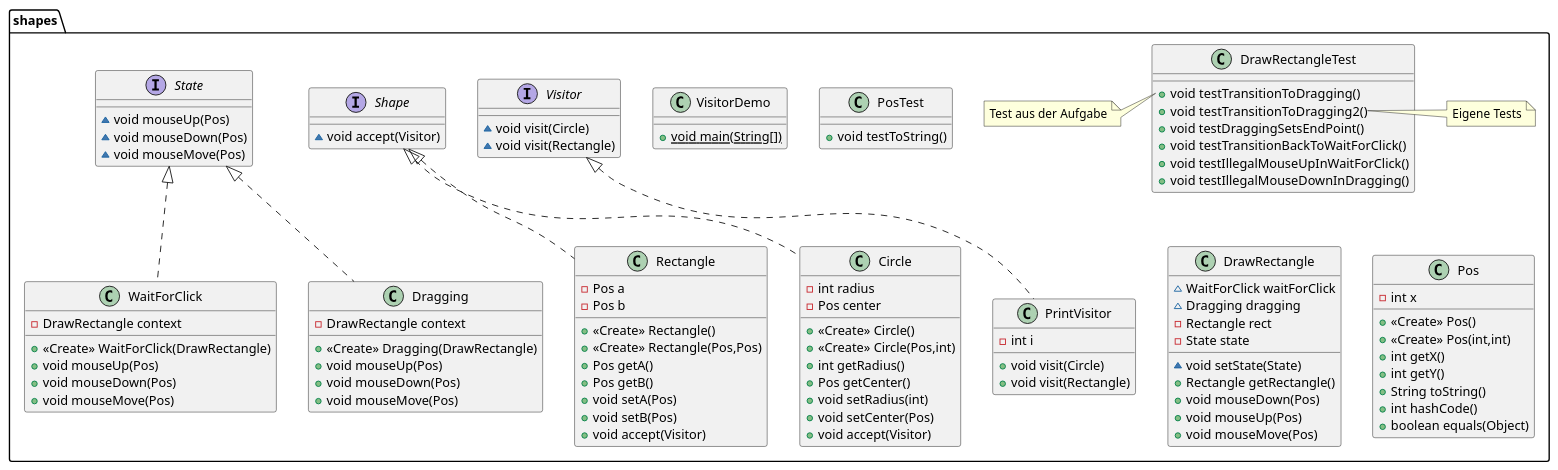
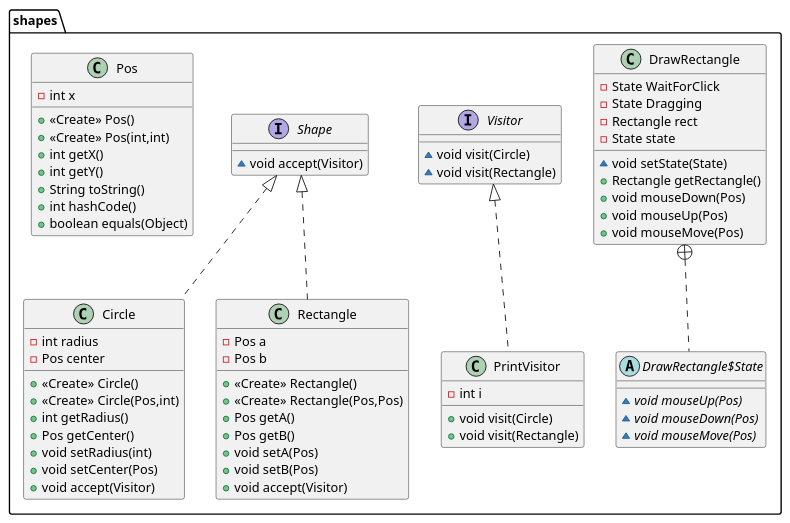
Before and after one commit to gthdtasdnm/2023FT: the diagram in src/shapes/ShapesUML.puml, drawn with PlantUML. The commit also changed 3 other files, not shown here.

```diff
--- a/src/shapes/ShapesUML.puml
+++ b/src/shapes/ShapesUML.puml
@@ -1,123 +1,81 @@
 @startuml
-class shapes.DrawRectangleTest {
-+ void testTransitionToDragging()
-+ void testTransitionToDragging2()
-+ void testDraggingSetsEndPoint()
-+ void testTransitionBackToWaitForClick()
-+ void testIllegalMouseUpInWaitForClick()
-+ void testIllegalMouseDownInDragging()
+class shapes.PrintVisitor {
+- int i
++ void visit(Circle)
++ void visit(Rectangle)
 }
-note left of shapes.DrawRectangleTest::testTransitionToDragging()
-Test aus der Aufgabe
-end note
-note right of shapes.DrawRectangleTest::testTransitionToDragging2()
-Eigene Tests
-end note
+
+
+class shapes.DrawRectangle {
+- State WaitForClick
+- State Dragging
+- Rectangle rect
+- State state
+~ void setState(State)
++ Rectangle getRectangle()
++ void mouseDown(Pos)
++ void mouseUp(Pos)
++ void mouseMove(Pos)
+}
+
+
+abstract class shapes.DrawRectangle$State {
+~ {abstract}void mouseUp(Pos)
+~ {abstract}void mouseDown(Pos)
+~ {abstract}void mouseMove(Pos)
+}
+
+class shapes.Circle {
+- int radius
+- Pos center
++ <<Create>> Circle()
++ <<Create>> Circle(Pos,int)
++ int getRadius()
++ Pos getCenter()
++ void setRadius(int)
++ void setCenter(Pos)
++ void accept(Visitor)
+}
+
 
 class shapes.Rectangle {
 - Pos a
 - Pos b
 + <<Create>> Rectangle()
 + <<Create>> Rectangle(Pos,Pos)
 + Pos getA()
 + Pos getB()
 + void setA(Pos)
 + void setB(Pos)
 + void accept(Visitor)
 }
 
 
 interface shapes.Visitor {
 ~ void visit(Circle)
 ~ void visit(Rectangle)
 }
 
-class shapes.WaitForClick {
-- DrawRectangle context
-+ <<Create>> WaitForClick(DrawRectangle)
-+ void mouseUp(Pos)
-+ void mouseDown(Pos)
-+ void mouseMove(Pos)
-}
-
-
-class shapes.VisitorDemo {
-+ {static} void main(String[])
-}
-
-class shapes.Dragging {
-- DrawRectangle context
-+ <<Create>> Dragging(DrawRectangle)
-+ void mouseUp(Pos)
-+ void mouseDown(Pos)
-+ void mouseMove(Pos)
-}
-
-
-class shapes.PrintVisitor {
-- int i
-+ void visit(Circle)
-+ void visit(Rectangle)
-}
-
-
-class shapes.PosTest {
-+ void testToString()
-}
-
-class shapes.DrawRectangle {
-~ WaitForClick waitForClick
-~ Dragging dragging
-- Rectangle rect
-- State state
-~ void setState(State)
-+ Rectangle getRectangle()
-+ void mouseDown(Pos)
-+ void mouseUp(Pos)
-+ void mouseMove(Pos)
-}
-
-
-class shapes.Circle {
-- int radius
-- Pos center
-+ <<Create>> Circle()
-+ <<Create>> Circle(Pos,int)
-+ int getRadius()
-+ Pos getCenter()
-+ void setRadius(int)
-+ void setCenter(Pos)
-+ void accept(Visitor)
-}
-
-
 interface shapes.Shape {
 ~ void accept(Visitor)
 }
 
 class shapes.Pos {
 - int x
 + <<Create>> Pos()
 + <<Create>> Pos(int,int)
 + int getX()
 + int getY()
 + String toString()
 + int hashCode()
 + boolean equals(Object)
 }
 
 
-interface shapes.State {
-~ void mouseUp(Pos)
-~ void mouseDown(Pos)
-~ void mouseMove(Pos)
-}
 
 
-
+shapes.Visitor <|.. shapes.PrintVisitor
+shapes.DrawRectangle +.. shapes.DrawRectangle$State
+shapes.Shape <|.. shapes.Circle
 shapes.Shape <|.. shapes.Rectangle
-shapes.State <|.. shapes.WaitForClick
-shapes.State <|.. shapes.Dragging
-shapes.Visitor <|.. shapes.PrintVisitor
-shapes.Shape <|.. shapes.Circle
 @enduml
```
